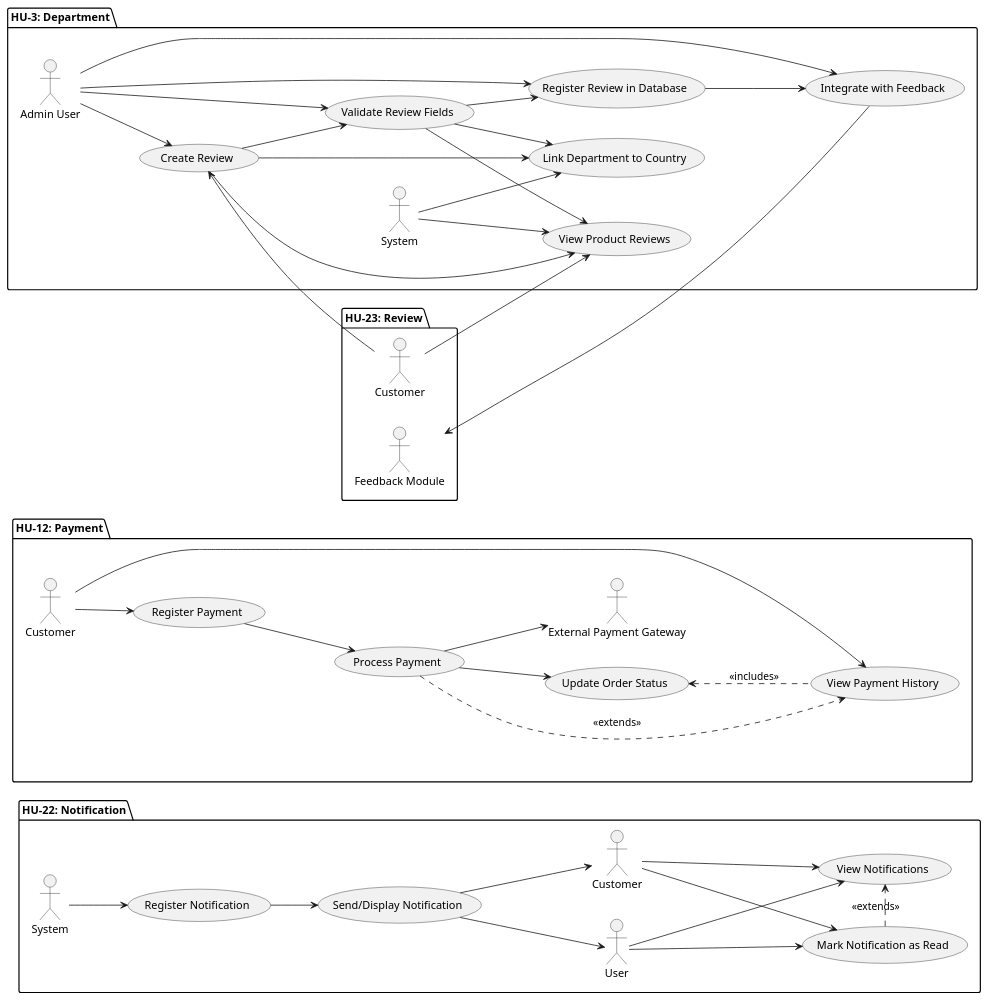
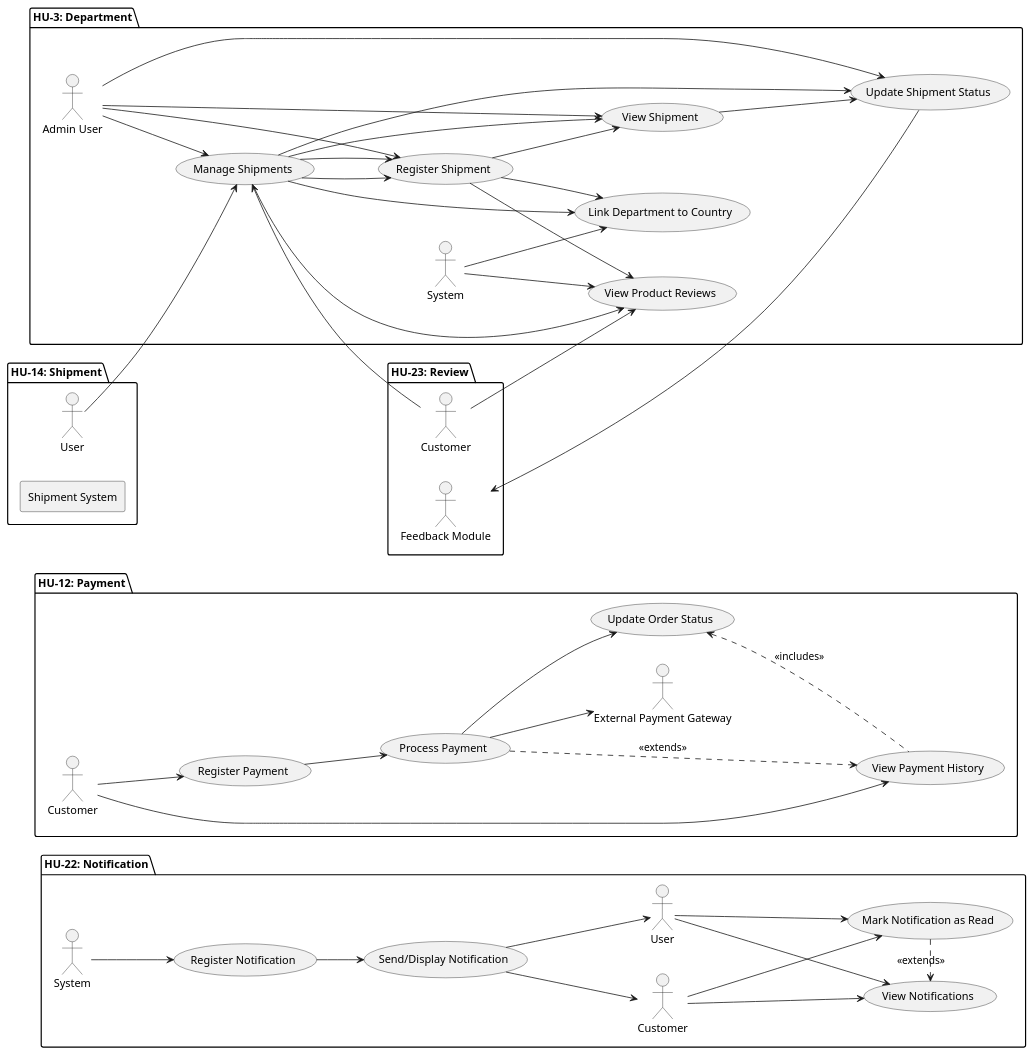
One commit to code-sena/laboratory-2899747 changed the diagram in document/architecture/usecase.wsd. Above: the diagram before and after it, drawn with PlantUML. The commit also changed 1 other file, not shown here.

Commit message:
feat(shipment): add use case and UML diagram in English, fix SQL table definition.

```diff
--- a/document/architecture/usecase.wsd
+++ b/document/architecture/usecase.wsd
@@ -1,107 +1,125 @@
 @startuml
-  left to right direction
+left to right direction
 
-  package "HU-3: Department" {
+package "HU-3: Department" {
 
-    'Actors
-    actor "Admin User" as Admin
-    actor "System" as System
+  'Actors
+  actor "Admin User" as Admin
+  actor "System" as System
 
-    'Use Cases
-    usecase "Register Department" as UC1
-    usecase "Update Department" as UC2
-    usecase "Deactivate Department" as UC3
-    usecase "View Departments" as UC4
-    usecase "Validate Uniqueness & Format" as UC5
-    usecase "Link Department to Country" as UC6
+  'Use Cases
+  usecase "Register Department" as UC1
+  usecase "Update Department" as UC2
+  usecase "Deactivate Department" as UC3
+  usecase "View Departments" as UC4
+  usecase "Validate Uniqueness & Format" as UC5
+  usecase "Link Department to Country" as UC6
 
-    'Relationships
-    Admin --> UC1
-    Admin --> UC2
-    Admin --> UC3
-    Admin --> UC4
+  'Relationships
+  Admin --> UC1
+  Admin --> UC2
+  Admin --> UC3
+  Admin --> UC4
 
-    UC1 --> UC5
-    UC1 --> UC6
+  UC1 --> UC5
+  UC1 --> UC6
 
-    UC2 --> UC5
-    UC2 --> UC6
+  UC2 --> UC5
+  UC2 --> UC6
 
-    System --> UC5
-    System --> UC6
-  }
-  
-  package "HU-22: Notification" {
+  System --> UC5
+  System --> UC6
+}
 
-    'Actors'
-    actor "System" as SystemN
-    actor "User" as UserN
-    actor "Customer" as CustomerN
+package "HU-22: Notification" {
 
-    'Use Cases'
-    usecase "Register Notification" as UCN1
-    usecase "Send/Display Notification" as UCN2
-    usecase "Mark Notification as Read" as UCN3
-    usecase "View Notifications" as UCN4
+  'Actors'
+  actor "System" as SystemN
+  actor "User" as UserN
+  actor "Customer" as CustomerN
 
-    'Relationships'
-    SystemN --> UCN1
-    UCN1 --> UCN2
-    UCN2 --> UserN
-    UCN2 --> CustomerN
+  'Use Cases'
+  usecase "Register Notification" as UCN1
+  usecase "Send/Display Notification" as UCN2
+  usecase "Mark Notification as Read" as UCN3
+  usecase "View Notifications" as UCN4
 
-    UserN --> UCN3
-    CustomerN --> UCN3
+  'Relationships'
+  SystemN --> UCN1
+  UCN1 --> UCN2
+  UCN2 --> UserN
+  UCN2 --> CustomerN
 
-    UserN --> UCN4
-    CustomerN --> UCN4
+  UserN --> UCN3
+  CustomerN --> UCN3
 
-    UCN3 .> UCN4 : <<extends>>
+  UserN --> UCN4
+  CustomerN --> UCN4
+
+  UCN3 .> UCN4 : <<extends>>
+}
+
+package "HU-12: Payment" {
+
+  'Actors'
+  actor "Customer" as CustomerP
+  actor "External Payment Gateway" as PaymentGatewayP
+
+  'Use Cases'
+  usecase "Register Payment" as UCP1
+  usecase "Process Payment" as UCP2
+  usecase "Update Order Status" as UCP3
+  usecase "View Payment History" as UCP4
+
+  'Relationships'
+  CustomerP --> UCP1
+  CustomerP --> UCP4
+
+  UCP1 --> UCP2
+  UCP2 --> PaymentGatewayP
+  UCP2 .> UCP4 : <<extends>>
+  UCP3 <.. UCP4 : <<includes>>
+
+  UCP2 --> UCP3
+}
+
+package "HU-23: Review" {
+
+  'Actors'
+  actor "Customer" as Customer
+  actor "Feedback Module" as FeedbackModule
+
+  'Use Cases'
+  usecase "Create Review" as UC1
+  usecase "Validate Review Fields" as UC2
+  usecase "Register Review in Database" as UC3
+  usecase "Integrate with Feedback" as UC4
+  usecase "View Product Reviews" as UC5
+
+  'Relationships'
+  Customer --> UC1
+  UC1 --> UC2
+  UC2 --> UC3
+  UC3 --> UC4
+  UC4 --> FeedbackModule
+  Customer --> UC5
+}
+
+
+package "HU-14: Shipment"{
+  actor User as user
+
+  rectangle "Shipment System" {
+    usecase "Manage Shipments" as UC1
+    usecase "Register Shipment" as UC2
+    usecase "View Shipment" as UC3
+    usecase "Update Shipment Status" as UC4
   }
 
-  package "HU-12: Payment" {
+  user --> UC1
+  UC1 --> UC2
+  UC1 --> UC3
+  UC1 --> UC4
 
-    'Actors'
-    actor "Customer" as CustomerP
-    actor "External Payment Gateway" as PaymentGatewayP
-
-    'Use Cases'
-    usecase "Register Payment" as UCP1
-    usecase "Process Payment" as UCP2
-    usecase "Update Order Status" as UCP3
-    usecase "View Payment History" as UCP4
-
-    'Relationships'
-    CustomerP --> UCP1
-    CustomerP --> UCP4
-
-    UCP1 --> UCP2
-    UCP2 --> PaymentGatewayP
-    UCP2 .> UCP4 : <<extends>>
-    UCP3 <.. UCP4 : <<includes>>
-
-    UCP2 --> UCP3
-  }
-
-    package "HU-23: Review" {
-
-    'Actors'
-    actor "Customer" as Customer
-    actor "Feedback Module" as FeedbackModule
-
-    'Use Cases'
-    usecase "Create Review" as UC1
-    usecase "Validate Review Fields" as UC2
-    usecase "Register Review in Database" as UC3
-    usecase "Integrate with Feedback" as UC4
-    usecase "View Product Reviews" as UC5
-
-    'Relationships'
-    Customer --> UC1
-    UC1 --> UC2
-    UC2 --> UC3
-    UC3 --> UC4
-    UC4 --> FeedbackModule
-    Customer --> UC5
-  }
+}
 @enduml
```
